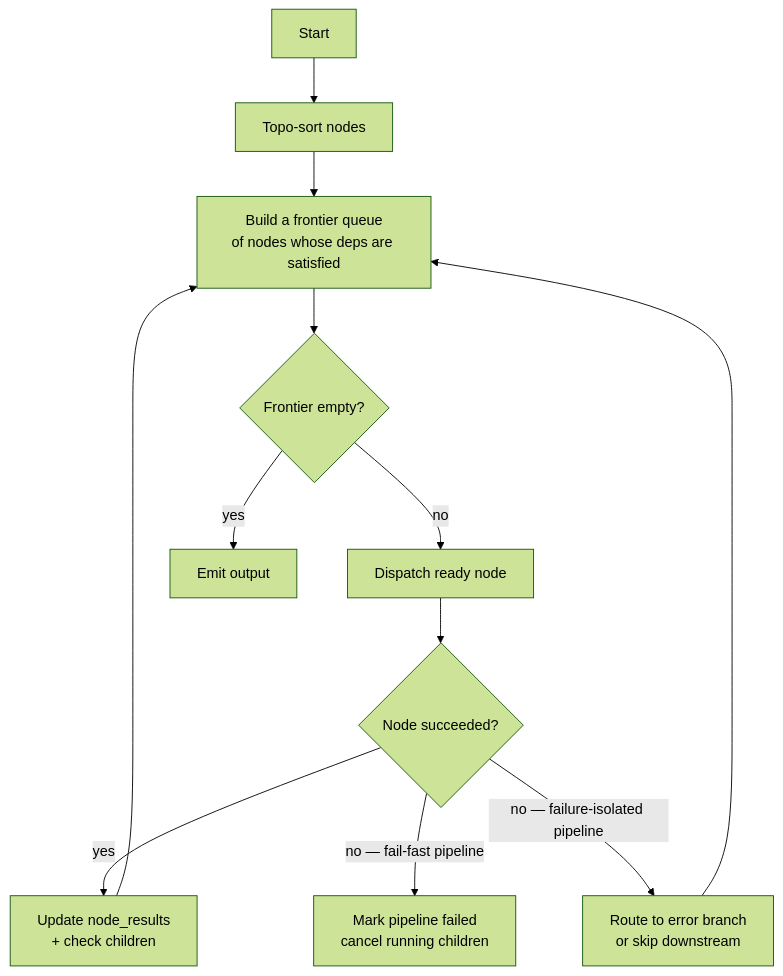
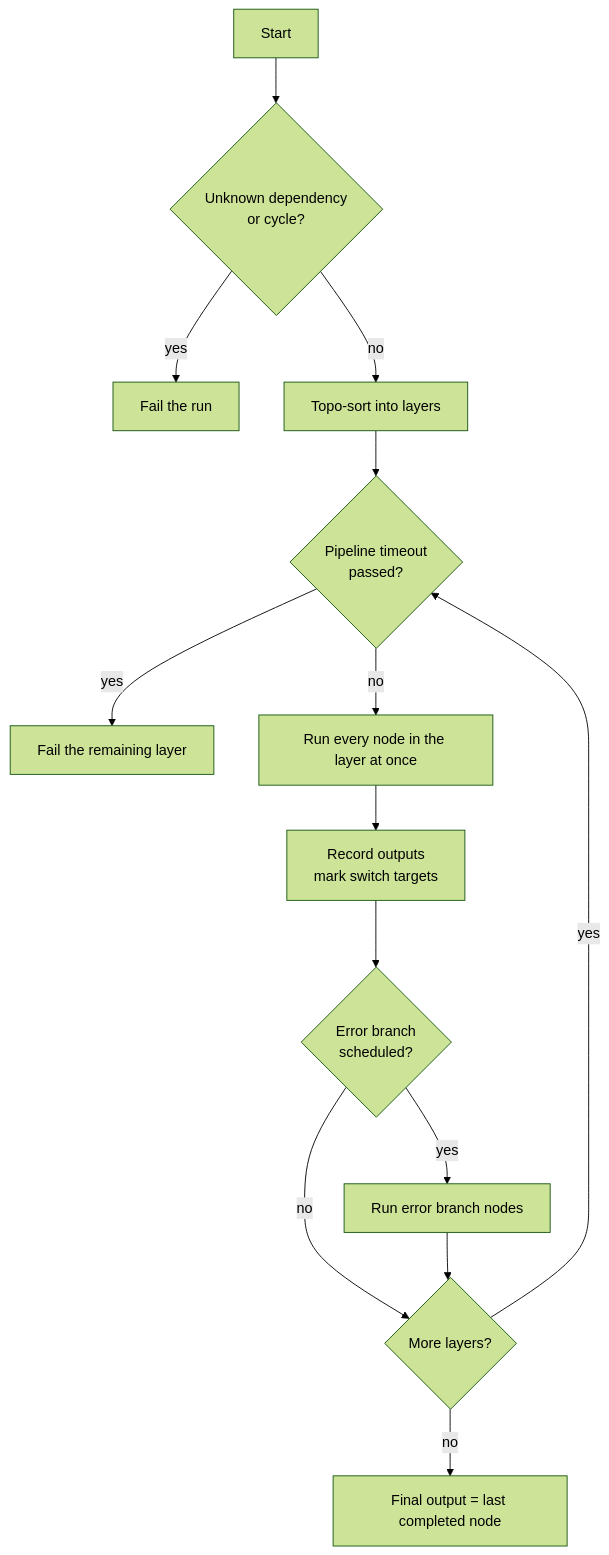
The diagram in docs/02-runtime/01-pipelines.md (sarkar4777/abenix), drawn with Mermaid (forest theme) before and after one commit. The commit also changed other lines of this file and 288 other files, not shown here.

````diff
--- a/docs/02-runtime/01-pipelines.md
+++ b/docs/02-runtime/01-pipelines.md
@@ -93,14 +147,16 @@
 ```mermaid
 flowchart TB
-  S[Start] --> T[Topo-sort nodes]
-  T --> Q[Build a frontier queue<br/>of nodes whose deps are satisfied]
-  Q --> P{Frontier empty?}
-  P -->|no| D[Dispatch ready node]
-  D --> X{Node succeeded?}
-  X -->|yes| U[Update node_results<br/>+ check children]
-  X -->|no — fail-fast pipeline| F[Mark pipeline failed<br/>cancel running children]
-  X -->|no — failure-isolated pipeline| C[Route to error branch<br/>or skip downstream]
-  U --> Q
-  C --> Q
-  P -->|yes| E[Emit output]
+  S[Start] --> V{Unknown dependency<br/>or cycle?}
+  V -->|yes| X[Fail the run]
+  V -->|no| L[Topo-sort into layers]
+  L --> T{Pipeline timeout<br/>passed?}
+  T -->|yes| TF[Fail the remaining layer]
+  T -->|no| R[Run every node in the layer at once]
+  R --> O[Record outputs<br/>mark switch targets]
+  O --> E{Error branch<br/>scheduled?}
+  E -->|yes| EB[Run error branch nodes]
+  E -->|no| N{More layers?}
+  EB --> N
+  N -->|yes| T
+  N -->|no| F[Final output = last completed node]
 ```
````
